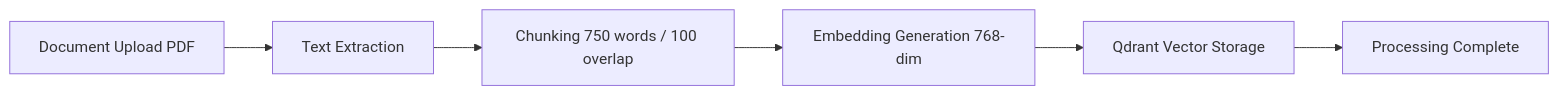
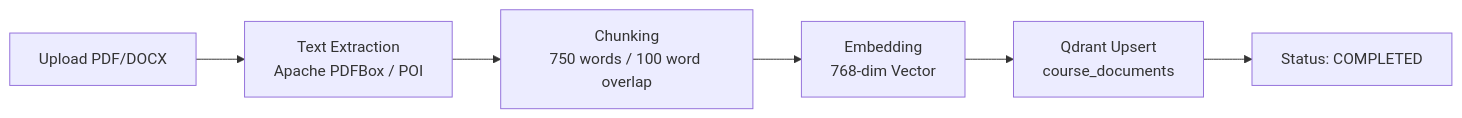
The diagram in AI.md (Dheerajdvn/AI-School-Management-System), drawn with Mermaid before and after one commit. The commit also changed other lines of this file and 84 other files, not shown here.

````diff
--- a/AI.md
+++ b/AI.md
@@ -116,8 +85,8 @@
 ```mermaid
 flowchart LR
-    A[Document Upload PDF] --> B[Text Extraction]
-    B --> C[Chunking 750 words / 100 overlap]
-    C --> D[Embedding Generation 768-dim]
-    D --> E[Qdrant Vector Storage]
-    E --> F[Processing Complete]
+    A[Upload PDF/DOCX] --> B[Text Extraction\nApache PDFBox / POI]
+    B --> C[Chunking\n750 words / 100 word overlap]
+    C --> D[Embedding\n768-dim Vector]
+    D --> E[Qdrant Upsert\ncourse_documents]
+    E --> F[Status: COMPLETED]
 ```
````
